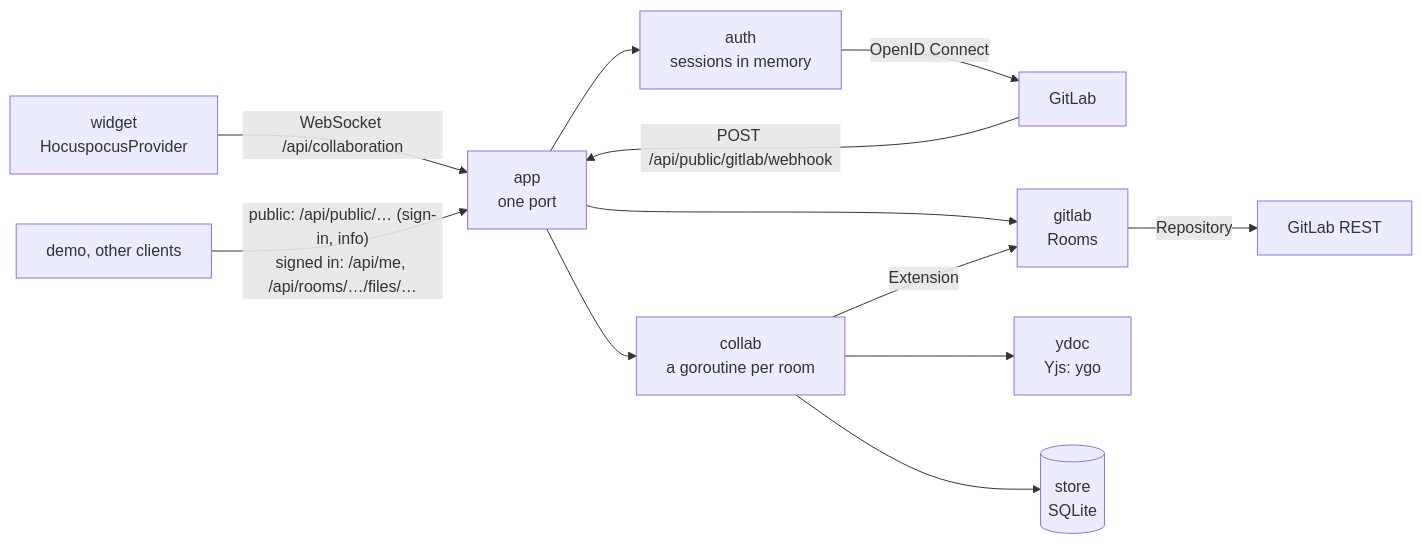
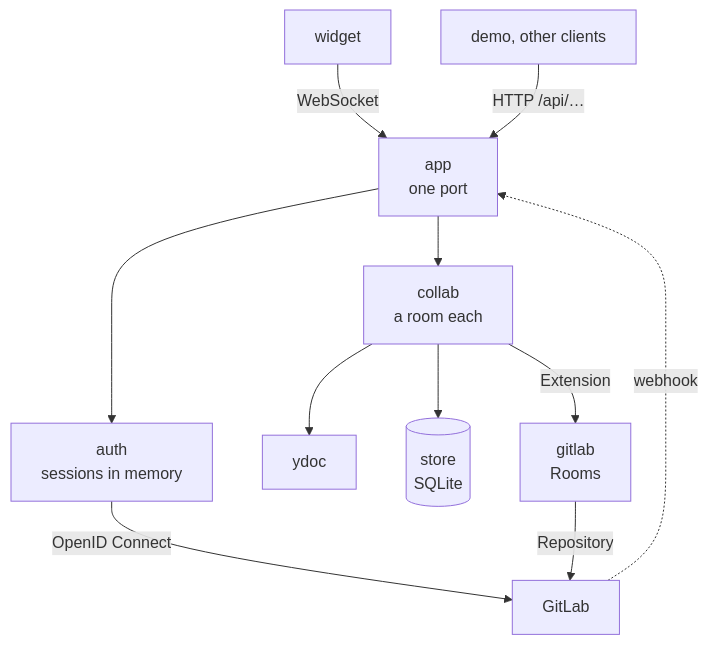
Before and after one commit to sandstorm/zwiebelfisch: the diagram in docs/diagrams/server.mmd, drawn with Mermaid. The commit also changed 42 other files, not shown here.

```diff
--- a/docs/diagrams/server.mmd
+++ b/docs/diagrams/server.mmd
@@ -1,12 +1,11 @@
-flowchart LR
-  W[widget<br/>HocuspocusProvider] -- "WebSocket /api/collaboration" --> A
-  B[demo, other clients] -- "public: /api/public/… (sign-in, info)<br/>signed in: /api/me, /api/rooms/…/files/…" --> A
-  A --> AU[auth<br/>sessions in memory]
-  AU -- "OpenID Connect" --> GL
-  GL[GitLab] -- "POST /api/public/gitlab/webhook" --> A
-  A[app<br/>one port] --> C[collab<br/>a goroutine per room]
-  A --> X
-  C --> Y[ydoc<br/>Yjs: ygo]
+flowchart TD
+  W[widget] -- WebSocket --> A
+  B[demo, other clients] -- "HTTP /api/…" --> A
+  A[app<br/>one port] --> AU[auth<br/>sessions in memory]
+  A --> C[collab<br/>a room each]
+  C --> Y[ydoc]
   C --> S[(store<br/>SQLite)]
   C -- Extension --> X[gitlab<br/>Rooms]
-  X -- Repository --> R[GitLab REST]
+  AU -- OpenID Connect --> GL[GitLab]
+  X -- Repository --> GL
+  GL -. webhook .-> A
```
